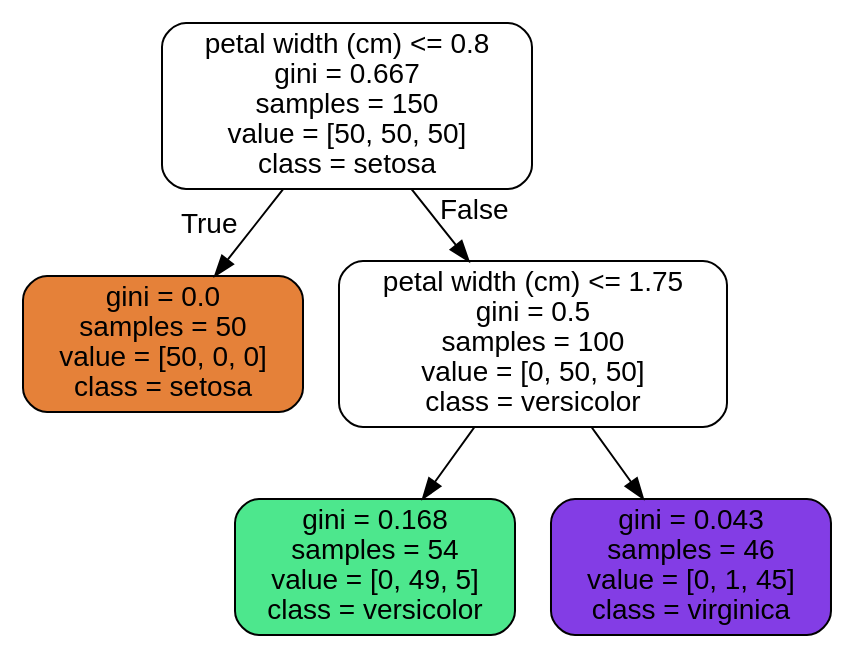
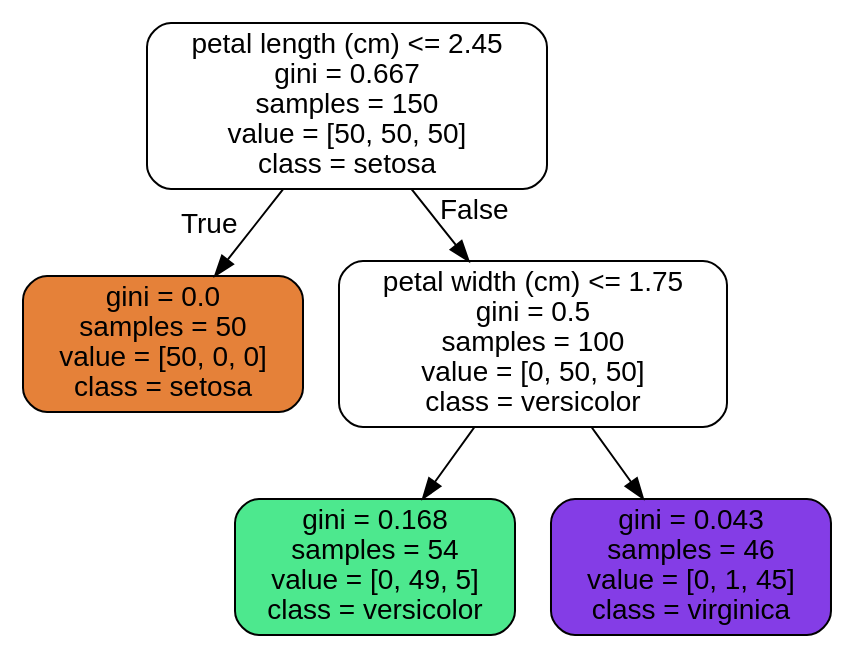
One commit to C-002/ML_learn changed the diagram in images/decision_trees/iris_tree.dot. Above: the diagram before and after it, drawn with Graphviz. The commit also changed 3 other files, not shown here.

```diff
--- a/images/decision_trees/iris_tree.dot
+++ b/images/decision_trees/iris_tree.dot
@@ -1,13 +1,13 @@
 digraph Tree {
 node [shape=box, style="filled, rounded", color="black", fontname=helvetica] ;
 edge [fontname=helvetica] ;
-0 [label="petal width (cm) <= 0.8\ngini = 0.667\nsamples = 150\nvalue = [50, 50, 50]\nclass = setosa", fillcolor="#e5813900"] ;
-1 [label="gini = 0.0\nsamples = 50\nvalue = [50, 0, 0]\nclass = setosa", fillcolor="#e58139ff"] ;
+0 [label="petal length (cm) <= 2.45\ngini = 0.667\nsamples = 150\nvalue = [50, 50, 50]\nclass = setosa", fillcolor="#ffffff"] ;
+1 [label="gini = 0.0\nsamples = 50\nvalue = [50, 0, 0]\nclass = setosa", fillcolor="#e58139"] ;
 0 -> 1 [labeldistance=2.5, labelangle=45, headlabel="True"] ;
-2 [label="petal width (cm) <= 1.75\ngini = 0.5\nsamples = 100\nvalue = [0, 50, 50]\nclass = versicolor", fillcolor="#39e58100"] ;
+2 [label="petal width (cm) <= 1.75\ngini = 0.5\nsamples = 100\nvalue = [0, 50, 50]\nclass = versicolor", fillcolor="#ffffff"] ;
 0 -> 2 [labeldistance=2.5, labelangle=-45, headlabel="False"] ;
-3 [label="gini = 0.168\nsamples = 54\nvalue = [0, 49, 5]\nclass = versicolor", fillcolor="#39e581e5"] ;
+3 [label="gini = 0.168\nsamples = 54\nvalue = [0, 49, 5]\nclass = versicolor", fillcolor="#4de88e"] ;
 2 -> 3 ;
-4 [label="gini = 0.043\nsamples = 46\nvalue = [0, 1, 45]\nclass = virginica", fillcolor="#8139e5f9"] ;
+4 [label="gini = 0.043\nsamples = 46\nvalue = [0, 1, 45]\nclass = virginica", fillcolor="#843de6"] ;
 2 -> 4 ;
 }
```
